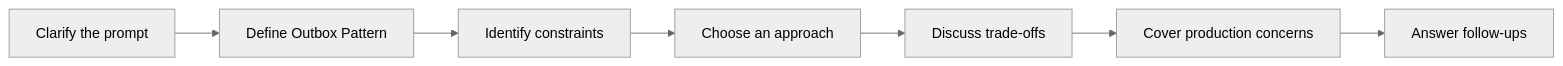
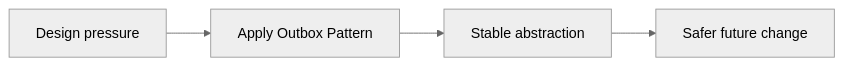
The third of 3 diagrams in fundamentals/patterns/outbox/index.md (abstractinterviews/abstractinterviews.github.io), drawn with Mermaid (neutral theme) before and after one commit. The commit also changed other lines of this file and 278 other files, not shown here.

````diff
--- a/fundamentals/patterns/outbox/index.md
+++ b/fundamentals/patterns/outbox/index.md
@@ -85,9 +98,6 @@
-~~~mermaid
+```mermaid
 flowchart LR
-    A["Clarify the prompt"] --> B["Define Outbox Pattern"]
-    B --> C["Identify constraints"]
-    C --> D["Choose an approach"]
-    D --> E["Discuss trade-offs"]
-    E --> F["Cover production concerns"]
-    F --> G["Answer follow-ups"]
-~~~
+    Smell["Design pressure"] --> Pattern["Apply Outbox Pattern"]
+    Pattern --> Boundary["Stable abstraction"]
+    Boundary --> Change["Safer future change"]
+```
````
